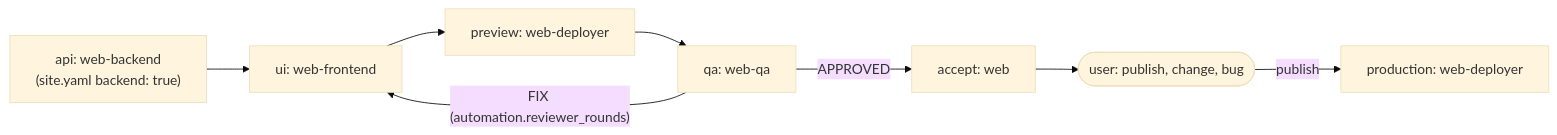
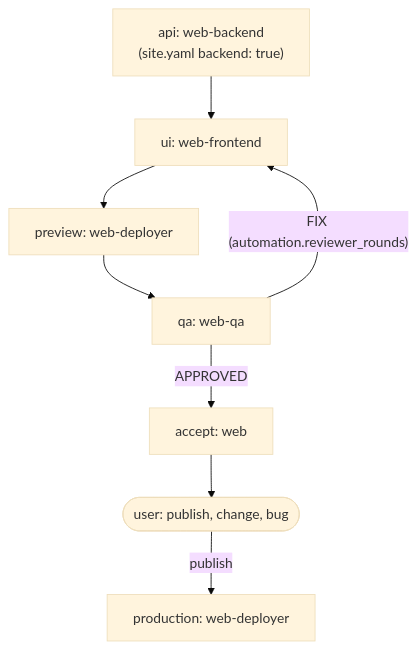
The diagram in squads/web/README.md (PuntoyComaTech/hermes-agent-squads), drawn with Mermaid (base theme) before and after one commit. The commit also changed 10 other files, not shown here.

Commit message:
feat: squads are opt-in after set me up; README rewrite with vertical diagrams; agents install the builder only (2.0.8)

````diff
--- a/squads/web/README.md
+++ b/squads/web/README.md
@@ -41,10 +41,10 @@
 ```mermaid
-flowchart LR
+flowchart TD
   api["api: web-backend<br/>(site.yaml backend: true)"] --> ui["ui: web-frontend"]
   ui --> preview["preview: web-deployer"]
   preview --> qa["qa: web-qa"]
   qa -- "FIX (automation.reviewer_rounds)" --> ui
   qa -- "APPROVED" --> accept["accept: web"]
   accept --> user(["user: publish, change, bug"])
   user -- "publish" --> production["production: web-deployer"]
 ```
````
